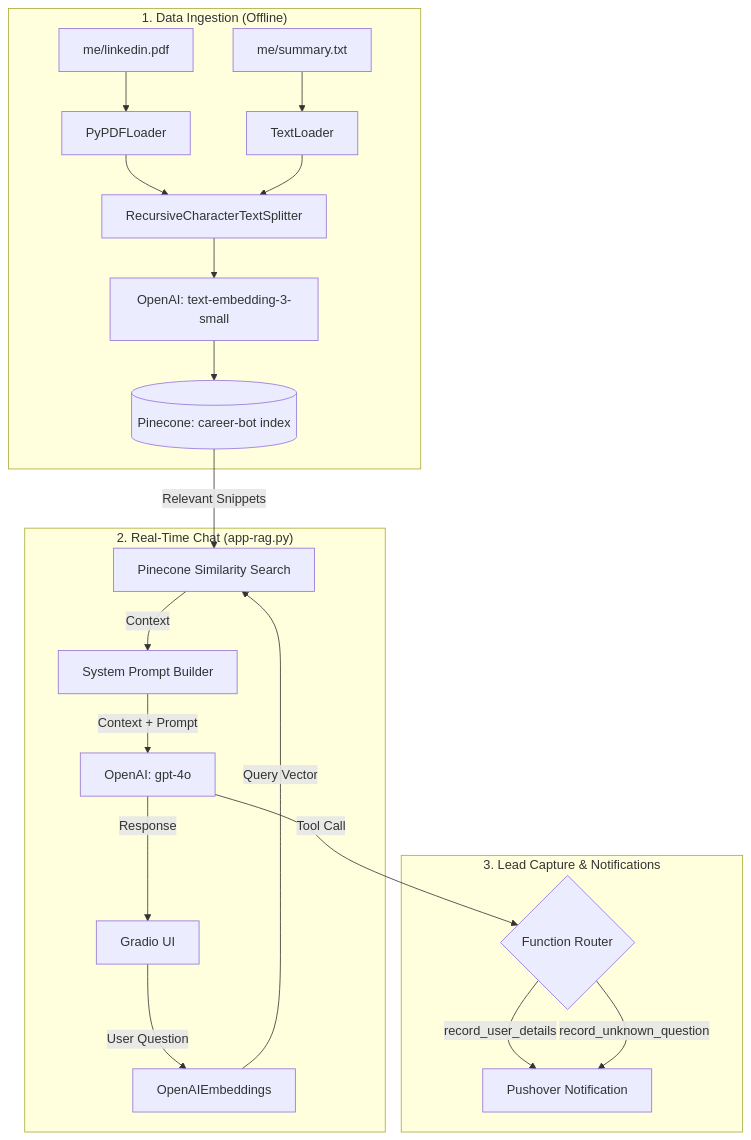
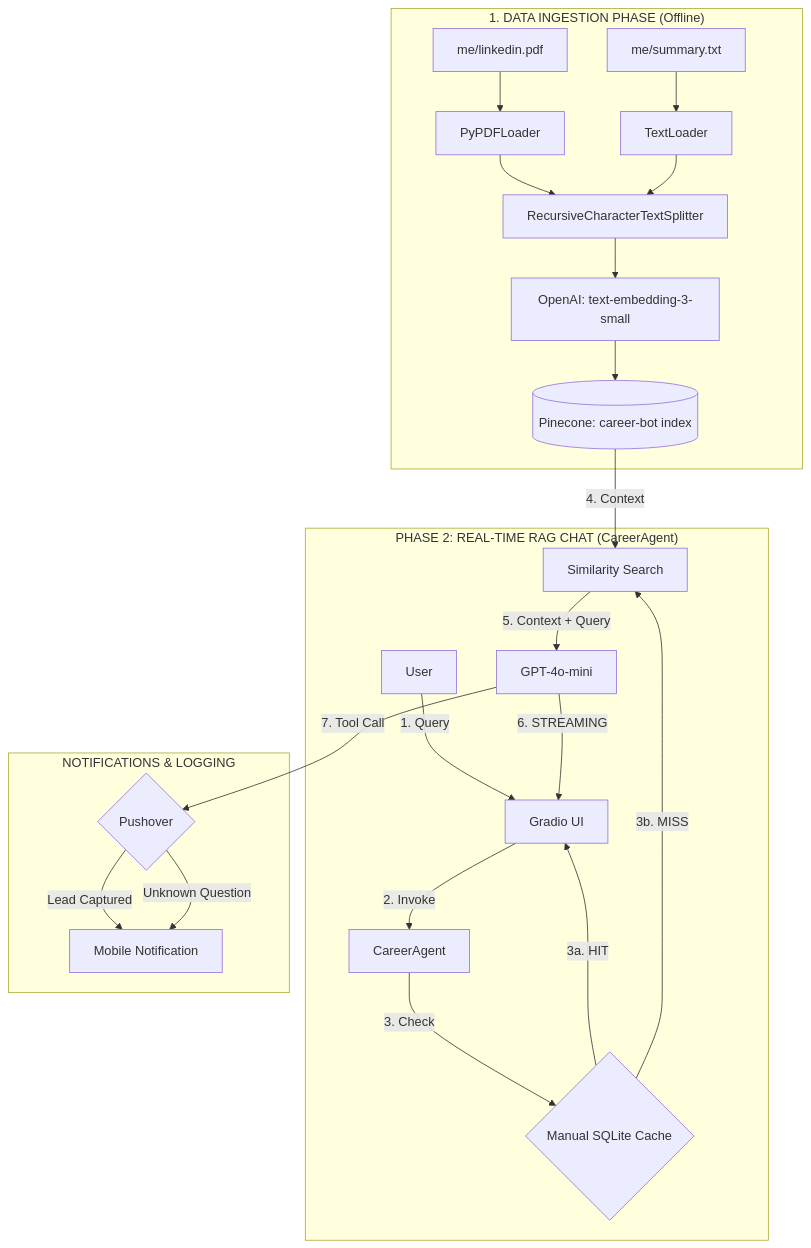
The diagram in 2_rag_bot/RAG_DOCUMENTATION.md (vishalkhoje/career-bot), drawn with Mermaid before and after one commit. The commit also changed other lines of this file and 23 other files, not shown here.

Commit message:
feat: implement modular RAG agent architecture with persistent caching and tool-calling support

````diff
--- a/2_rag_bot/RAG_DOCUMENTATION.md
+++ b/2_rag_bot/RAG_DOCUMENTATION.md
@@ -14,26 +14,28 @@
 ```mermaid
 graph TD
-    subgraph "1. Data Ingestion (Offline)"
+    subgraph "1. DATA INGESTION PHASE (Offline)"
         A1[me/linkedin.pdf] --> B1[PyPDFLoader]
         A2[me/summary.txt] --> B2[TextLoader]
         B1 --> C[RecursiveCharacterTextSplitter]
         B2 --> C
         C --> D[OpenAI: text-embedding-3-small]
         D --> E[(Pinecone: career-bot index)]
     end
 
-    subgraph "2. Real-Time Chat (app-rag.py)"
-        F[Gradio UI] -->|User Question| G[OpenAIEmbeddings]
-        G -->|Query Vector| H[Pinecone Similarity Search]
-        E -->|Relevant Snippets| H
-        H -->|Context| I[System Prompt Builder]
-        I -->|Context + Prompt| J[OpenAI: gpt-4o]
-        J -->|Response| F
+    subgraph "PHASE 2: REAL-TIME RAG CHAT (CareerAgent)"
+        F[User] -->|1. Query| G[Gradio UI]
+        G -->|2. Invoke| H[CareerAgent]
+        H -->|3. Check| I{Manual SQLite Cache}
+        I -->|3a. HIT| G
+        I -->|3b. MISS| J[Similarity Search]
+        E -->|4. Context| J
+        J -->|5. Context + Query| K[GPT-4o-mini]
+        K -->|6. STREAMING| G
     end
 
-    subgraph "3. Lead Capture & Notifications"
-        J -->|Tool Call| L{Function Router}
-        L -->|record_user_details| M[Pushover Notification]
-        L -->|record_unknown_question| M
+    subgraph "NOTIFICATIONS & LOGGING"
+        K -->|7. Tool Call| L{Pushover}
+        L -->|Lead Captured| M[Mobile Notification]
+        L -->|Unknown Question| M
     end
 ```
````
